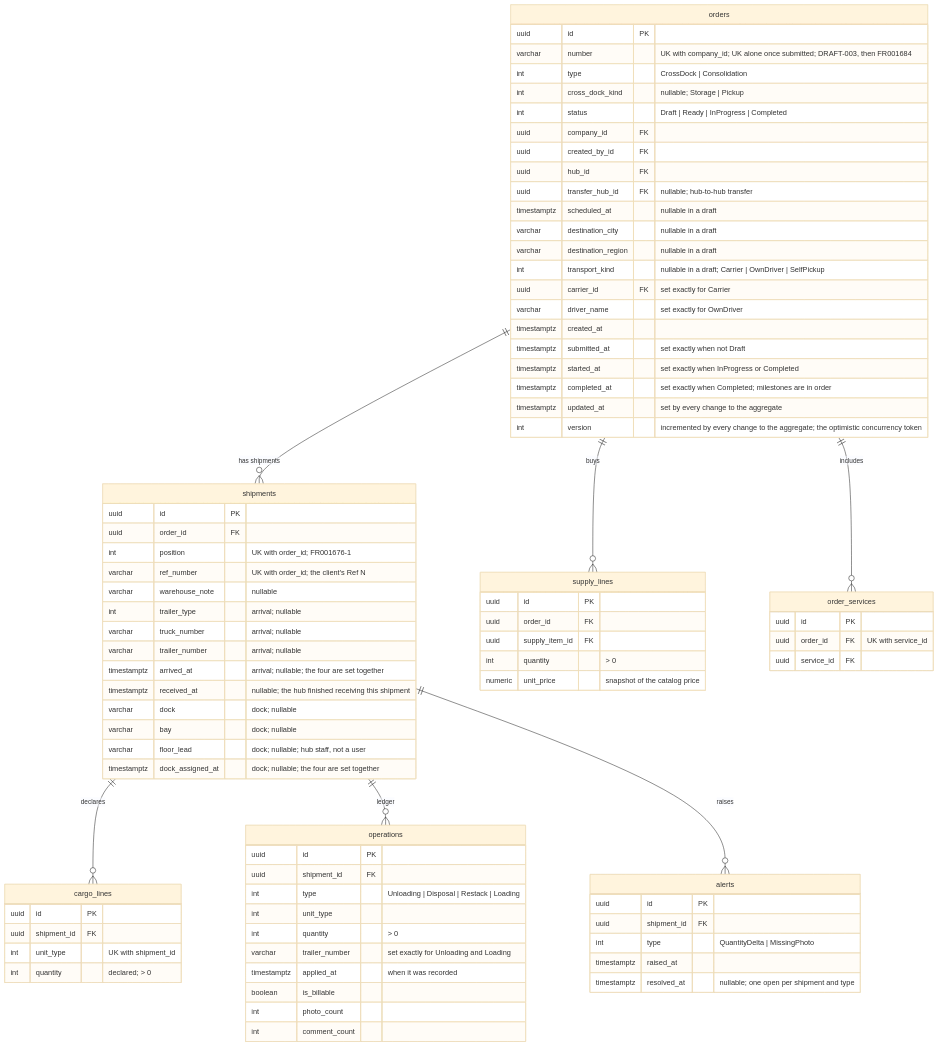
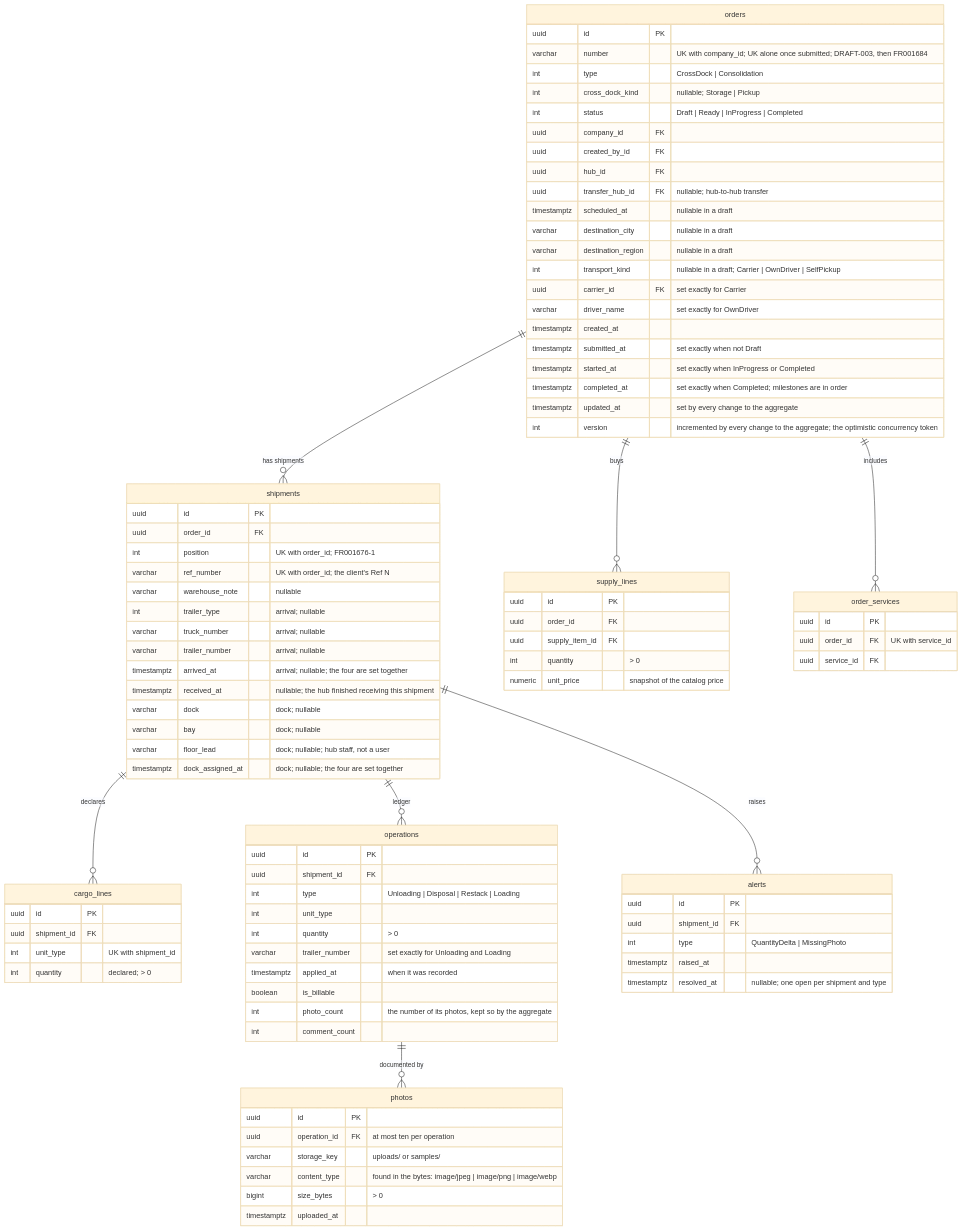
Before and after one commit to bohdan-ivaniichuk/freitty-cabinet-api: the first of 2 diagrams in docs/er-diagram.md, drawn with Mermaid (base theme). The commit also changed other lines of this file and 106 other files, not shown here.

```diff
--- a/docs/er-diagram.md
+++ b/docs/er-diagram.md
@@ -18,6 +21,7 @@
     shipments ||--o{ cargo_lines : "declares"
     shipments ||--o{ operations : "ledger"
     shipments ||--o{ alerts : "raises"
+    operations ||--o{ photos : "documented by"
     orders ||--o{ supply_lines : "buys"
     orders ||--o{ order_services : "includes"
 
@@ -78,8 +82,17 @@
         varchar trailer_number "set exactly for Unloading and Loading"
         timestamptz applied_at "when it was recorded"
         boolean is_billable
-        int photo_count
+        int photo_count "the number of its photos, kept so by the aggregate"
         int comment_count
+    }
+
+    photos {
+        uuid id PK
+        uuid operation_id FK "at most ten per operation"
+        varchar storage_key "uploads/<a UUID of its own> or samples/<name>"
+        varchar content_type "found in the bytes: image/jpeg | image/png | image/webp"
+        bigint size_bytes "> 0"
+        timestamptz uploaded_at
     }
 
     alerts {
```
